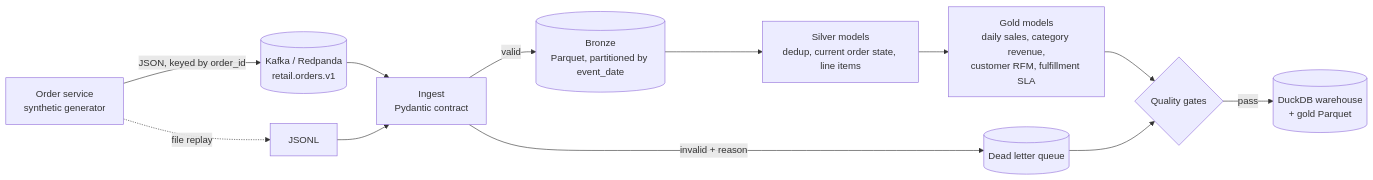
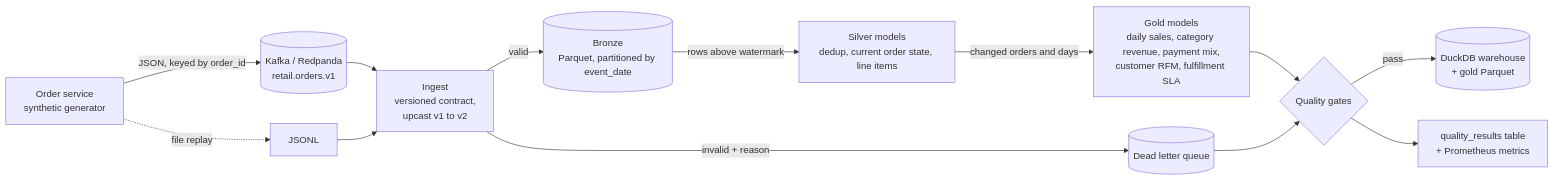
The diagram in README.md (pragathigopal7/retail-data-pipeline), drawn with Mermaid before and after one commit. The commit also changed other lines of this file and 18 other files, not shown here.

````diff
--- a/README.md
+++ b/README.md
@@ -19,14 +22,15 @@
 ```mermaid
 flowchart LR
     G[Order service<br/>synthetic generator] -->|JSON, keyed by order_id| K[(Kafka / Redpanda<br/>retail.orders.v1)]
     G -.->|file replay| F[JSONL]
-    K --> I[Ingest<br/>Pydantic contract]
+    K --> I[Ingest<br/>versioned contract,<br/>upcast v1 to v2]
     F --> I
     I -->|valid| B[(Bronze<br/>Parquet, partitioned by event_date)]
     I -->|invalid + reason| D[(Dead letter queue)]
-    B --> S[Silver models<br/>dedup, current order state, line items]
-    S --> GO[Gold models<br/>daily sales, category revenue,<br/>customer RFM, fulfillment SLA]
+    B -->|rows above watermark| S[Silver models<br/>dedup, current order state, line items]
+    S -->|changed orders and days| GO[Gold models<br/>daily sales, category revenue, payment mix,<br/>customer RFM, fulfillment SLA]
     GO --> Q{Quality gates}
     D --> Q
     Q -->|pass| W[(DuckDB warehouse<br/>+ gold Parquet)]
+    Q --> M[quality_results table<br/>+ Prometheus metrics]
 ```
````
